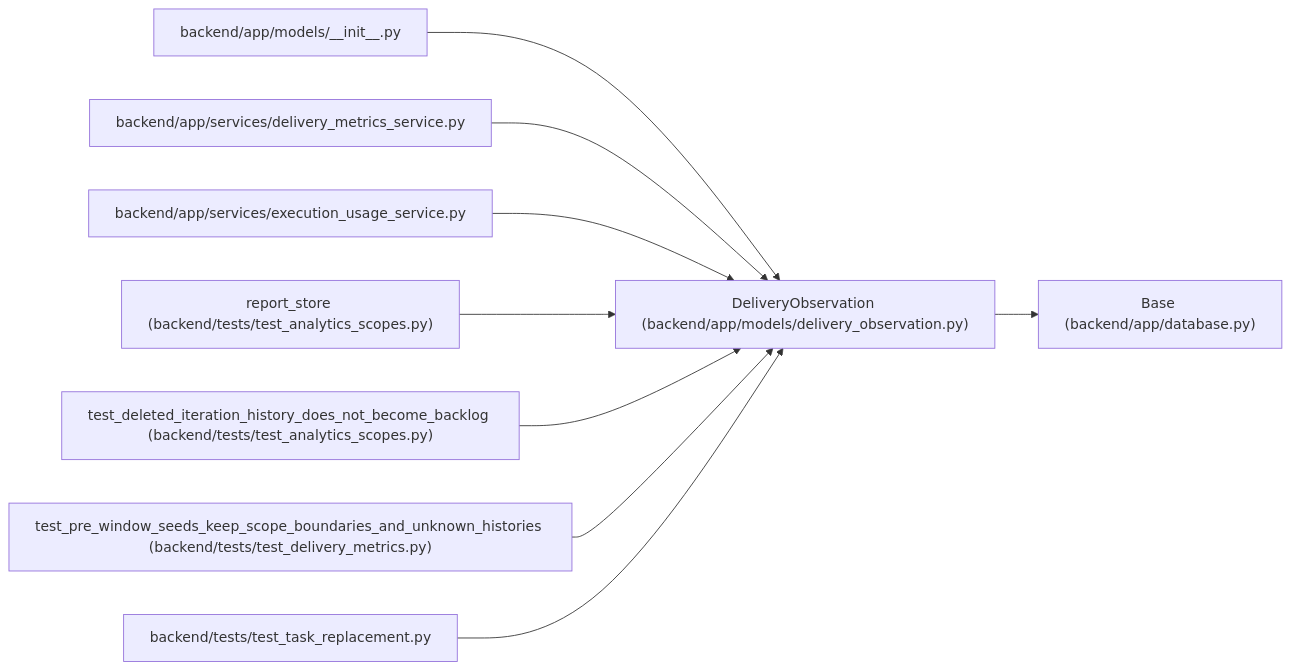
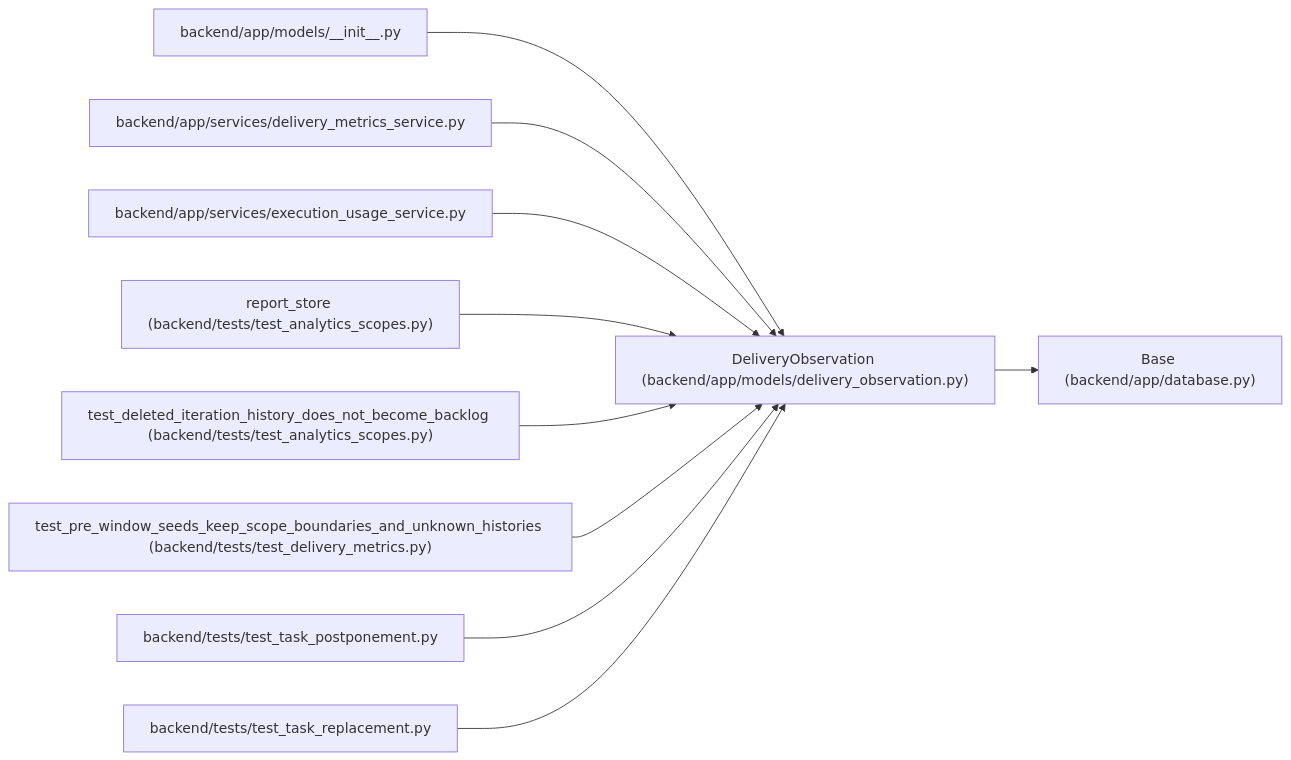
One commit to Denissvgn/WorkChord changed the diagram in docs/llm_wiki/entities/DeliveryObservation.md. Above: the diagram before and after it, drawn with Mermaid. The commit also changed other lines of this file and 732 other files, not shown here.

Commit message:
Sync the architectural wiki for the postponed task status

````diff
--- a/docs/llm_wiki/entities/DeliveryObservation.md
+++ b/docs/llm_wiki/entities/DeliveryObservation.md
@@ -34,29 +34,32 @@
 ```mermaid
 flowchart LR
     n0["DeliveryObservation (backend/app/models/delivery_observation.py)"]
     n1["Base (backend/app/database.py)"]
     n2["backend/app/models/__init__.py"]
     n3["backend/app/services/delivery_metrics_service.py"]
     n4["backend/app/services/execution_usage_service.py"]
     n5["report_store (backend/tests/test_analytics_scopes.py)"]
     n6["test_deleted_iteration_history_does_not_become_backlog (backend/tests/test_analytics_scopes.py)"]
     n7["test_pre_window_seeds_keep_scope_boundaries_and_unknown_histories (backend/tests/test_delivery_metrics.py)"]
-    n8["backend/tests/test_task_replacement.py"]
+    n8["backend/tests/test_task_postponement.py"]
+    n9["backend/tests/test_task_replacement.py"]
     n0 --> n1
     n2 --> n0
     n3 --> n0
     n4 --> n0
     n5 --> n0
     n6 --> n0
     n7 --> n0
     n8 --> n0
+    n9 --> n0
     click n0 "../modules/delivery_observation.md"
     click n1 "../modules/app_database.md"
     click n2 "../modules/models___init__.md"
     click n3 "../modules/delivery_metrics_service.md"
     click n4 "../modules/execution_usage_service.md"
     click n5 "../modules/test_analytics_scopes.md"
     click n6 "../modules/test_analytics_scopes.md"
     click n7 "../modules/test_delivery_metrics.md"
-    click n8 "../modules/test_task_replacement.md"
+    click n8 "../modules/test_task_postponement.md"
+    click n9 "../modules/test_task_replacement.md"
 ```
````
